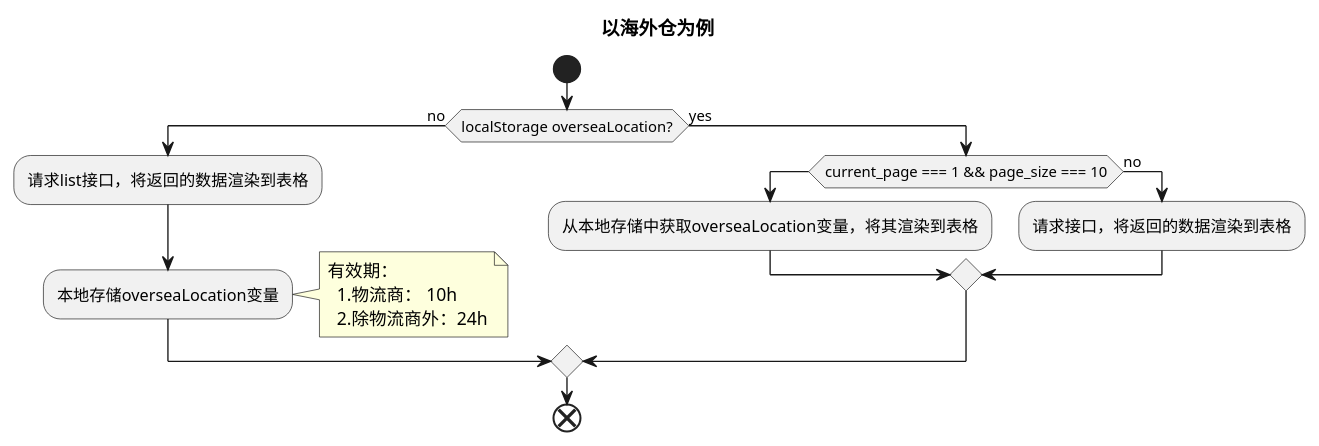
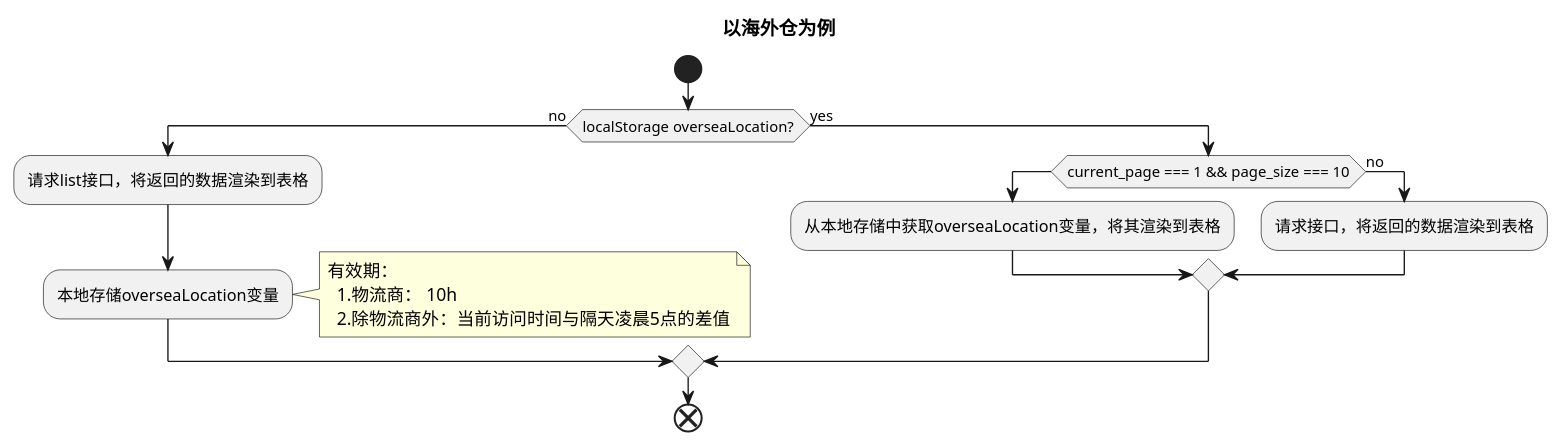
Before and after one commit to futurekidult/lis: the diagram in docs/development-flow-diagram.puml/system/get-data.puml, drawn with PlantUML. The commit also changed 5 other files, not shown here.

```diff
--- a/docs/development-flow-diagram.puml/system/get-data.puml
+++ b/docs/development-flow-diagram.puml/system/get-data.puml
@@ -1,22 +1,22 @@
 @startuml
 title 以海外仓为例
 
 start
 if(localStorage overseaLocation?) then (no)
   :请求list接口，将返回的数据渲染到表格;
   :本地存储overseaLocation变量;
   note right
     有效期：
       1.物流商： 10h
-      2.除物流商外：24h
+      2.除物流商外：当前访问时间与隔天凌晨5点的差值
   end note
 else (yes)
   if(current_page === 1 && page_size === 10)
     :从本地存储中获取overseaLocation变量，将其渲染到表格;
   else (no)
     :请求接口，将返回的数据渲染到表格;
   endif
 endif
 end
 
 @enduml
```
